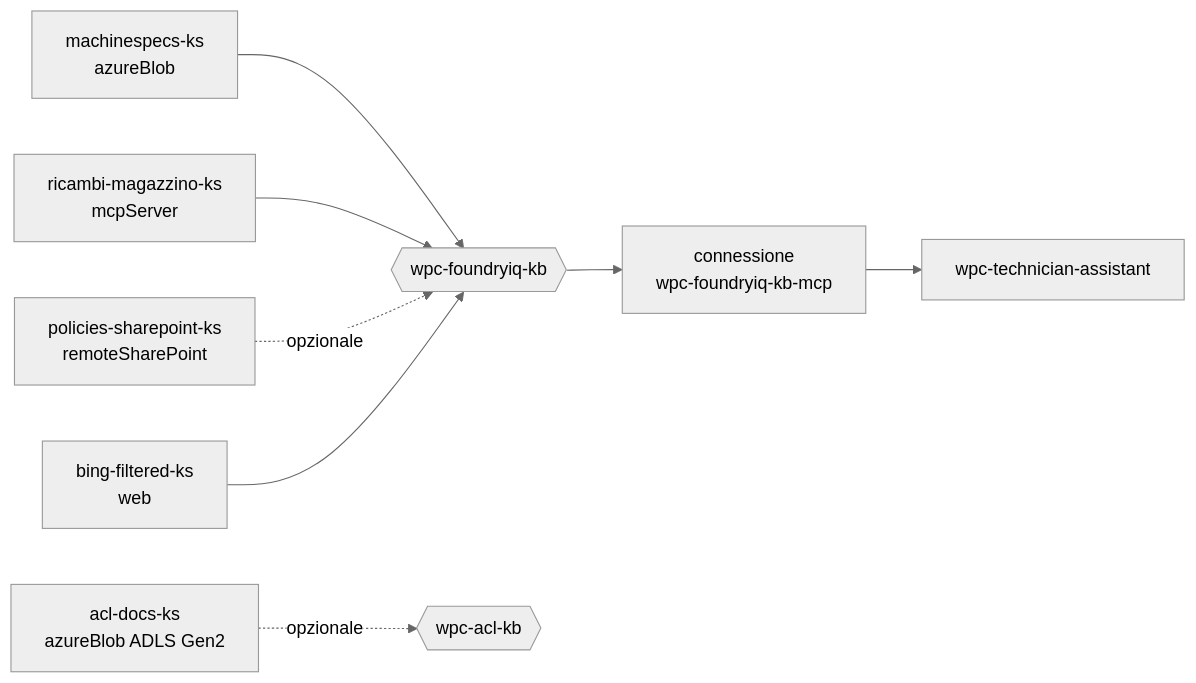
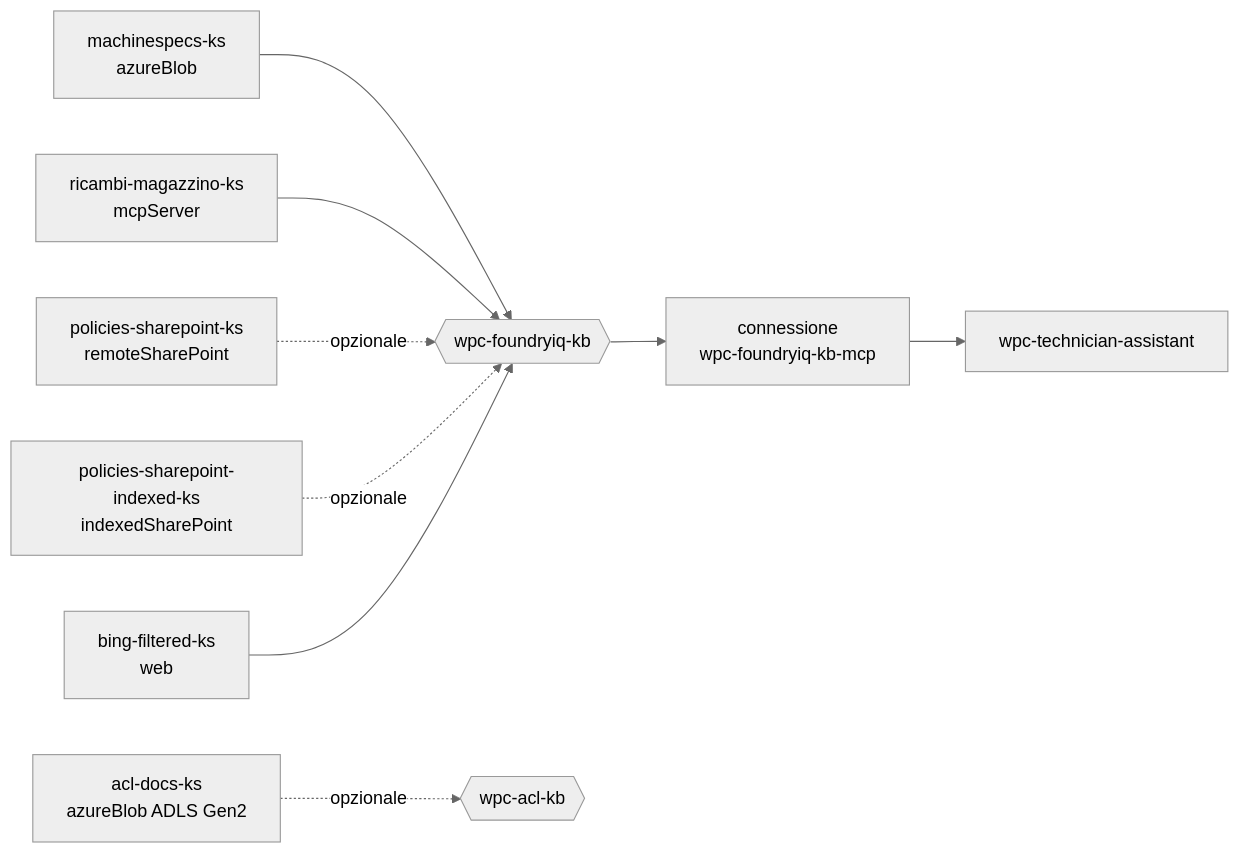
The third of 3 diagrams in infra/README.md (congiuluc/wpc2026-foundryiq-demo), drawn with Mermaid (neutral theme) before and after one commit. The commit also changed other lines of this file and 128 other files, not shown here.

````diff
--- a/infra/README.md
+++ b/infra/README.md
@@ -225,10 +235,11 @@
 ```mermaid
 flowchart LR
     KS1[machinespecs-ks<br/>azureBlob] --> KB1{{wpc-foundryiq-kb}}
     KS2[ricambi-magazzino-ks<br/>mcpServer] --> KB1
     KS3[policies-sharepoint-ks<br/>remoteSharePoint] -.opzionale.-> KB1
+    KS6[policies-sharepoint-indexed-ks<br/>indexedSharePoint] -.opzionale.-> KB1
     KS4[bing-filtered-ks<br/>web] --> KB1
     KS5[acl-docs-ks<br/>azureBlob ADLS Gen2] -.opzionale.-> KB2{{wpc-acl-kb}}
     KB1 --> C1[connessione<br/>wpc-foundryiq-kb-mcp]
     C1 --> A1[wpc-technician-assistant]
 ```
````
